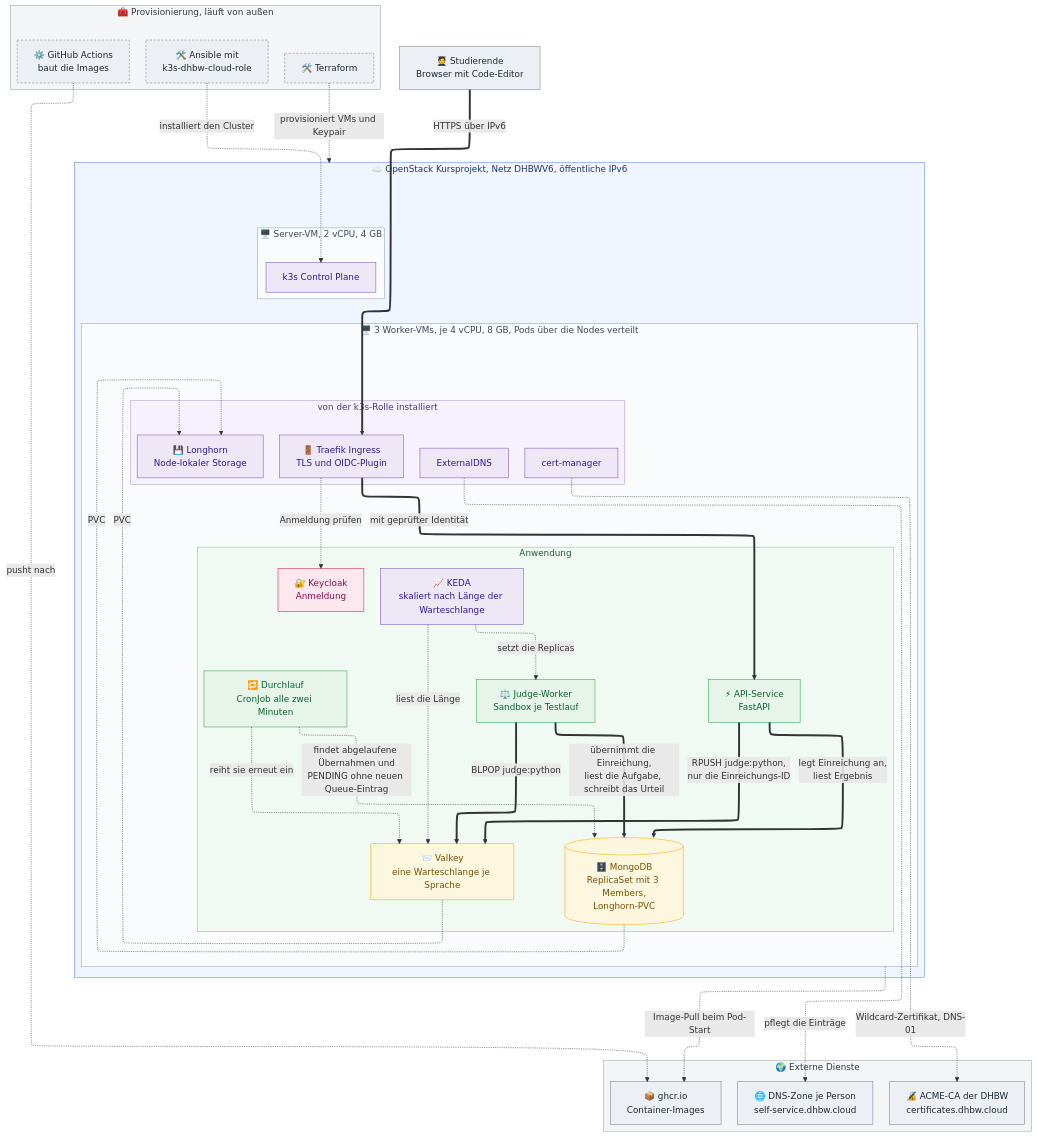
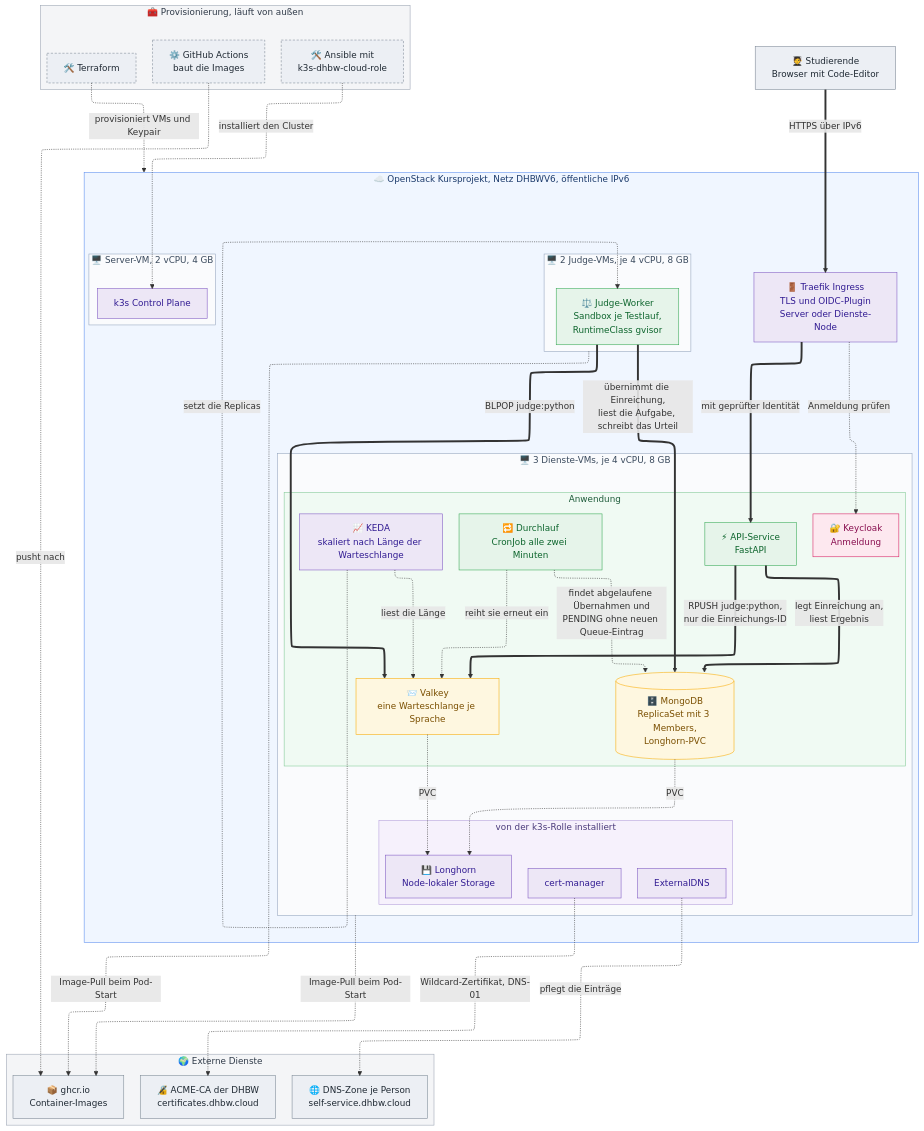
The diagram in docs/diagramme/aufbau.mmd (litithio/Online-Judge-Cloud), drawn with Mermaid before and after one commit. The commit also changed 2 other files, not shown here.

Commit message:
Doku: Node-Rollen in README und Aufbau-Diagramm
README.md beschreibt die drei Node-Rollen, die Rollen-Labels aus
terraform/outputs.tf, die Taints auf Server und Judge-Nodes und den Weg
auf den neuen Stand. Unter ## Entscheidungen steht der Zuschnitt aus drei
Dienste- und zwei Judge-Nodes, unter ## Grenzen das k3s-Upgrade, das den
Judge-Node vor dem Job mit drain.force leert. docs/diagramme/aufbau.mmd
trennt Server, Dienste- und Judge-VMs und stellt Traefik neben die drei
Kästen.

```diff
--- a/docs/diagramme/aufbau.mmd
+++ b/docs/diagramme/aufbau.mmd
@@ -1,93 +1,95 @@
 ---
 # Feste Schrift: mermaid bemisst die Kästen mit der Schrift, die beim
 # Rendern verfügbar ist. Weicht die Anzeigeschrift ab, laufen Texte über
 # die Ränder.
 config:
   # ELK schichtet die Gruppen strikt vertikal und führt Kanten orthogonal.
   # Das Standard-Layout (dagre) verstreute Server-VM und Werkzeuge um den
   # Cluster herum. ELK kann nur der eigene Renderer, nicht GitHub-Mermaid.
   layout: elk
   fontFamily: Arial, Helvetica, sans-serif
 ---
 flowchart TB
     studierende["🧑‍🎓 Studierende<br/>Browser mit Code-Editor"]
 
     subgraph werkzeuge["🧰 Provisionierung, läuft von außen"]
         tf["🛠️ Terraform"]
         ansible["🛠️ Ansible mit<br/>k3s-dhbw-cloud-role"]
         ci["⚙️ GitHub Actions<br/>baut die Images"]
     end
 
     subgraph openstack["☁️ OpenStack Kursprojekt, Netz DHBWV6, öffentliche IPv6"]
+        traefik["🚪 Traefik Ingress<br/>TLS und OIDC-Plugin<br/>Server oder Dienste-Node"]
         subgraph server["🖥️ Server-VM, 2 vCPU, 4 GB"]
             cp["k3s Control Plane"]
         end
-        subgraph workers["🖥️ 3 Worker-VMs, je 4 vCPU, 8 GB, Pods über die Nodes verteilt"]
+        subgraph dienste["🖥️ 3 Dienste-VMs, je 4 vCPU, 8 GB"]
             subgraph rolle["von der k3s-Rolle installiert"]
-                traefik["🚪 Traefik Ingress<br/>TLS und OIDC-Plugin"]
                 certm["cert-manager"]
                 extdns["ExternalDNS"]
                 longhorn["💾 Longhorn<br/>Node-lokaler Storage"]
             end
             subgraph app["Anwendung"]
                 keycloak["🔐 Keycloak<br/>Anmeldung"]
                 api["⚡ API-Service<br/>FastAPI"]
                 valkey["📨 Valkey<br/>eine Warteschlange je Sprache"]
-                judge["⚖️ Judge-Worker<br/>Sandbox je Testlauf"]
                 keda["📈 KEDA<br/>skaliert nach Länge der Warteschlange"]
                 durchlauf["🔁 Durchlauf<br/>CronJob alle zwei Minuten"]
                 mongo[("🗄️ MongoDB<br/>ReplicaSet mit 3 Members,<br/>Longhorn-PVC")]
             end
+        end
+        subgraph judgenodes["🖥️ 2 Judge-VMs, je 4 vCPU, 8 GB"]
+            judge["⚖️ Judge-Worker<br/>Sandbox je Testlauf,<br/>RuntimeClass gvisor"]
         end
     end
 
     subgraph umgebung["🌍 Externe Dienste"]
         dns["🌐 DNS-Zone je Person<br/>self-service.dhbw.cloud"]
         ca["🔏 ACME-CA der DHBW<br/>certificates.dhbw.cloud"]
         ghcr["📦 ghcr.io<br/>Container-Images"]
     end
-
-    cp ~~~ traefik
 
     studierende ==>|"HTTPS über IPv6"| traefik
     traefik -.->|"Anmeldung prüfen"| keycloak
     traefik ==>|"mit geprüfter Identität"| api
     api ==>|"RPUSH judge:python,<br/>nur die Einreichungs-ID"| valkey
     judge ==>|"BLPOP judge:python"| valkey
     judge ==>|"übernimmt die Einreichung,<br/>liest die Aufgabe, schreibt das Urteil"| mongo
     api ==>|"legt Einreichung an,<br/>liest Ergebnis"| mongo
     keda -.->|"liest die Länge"| valkey
     keda -.->|"setzt die Replicas"| judge
     durchlauf -.->|"findet abgelaufene Übernahmen und<br/>PENDING ohne neuen Queue-Eintrag"| mongo
     durchlauf -.->|"reiht sie erneut ein"| valkey
 
     tf -.->|"provisioniert VMs und Keypair"| openstack
     ansible -.->|"installiert den Cluster"| cp
     ci -.->|"pusht nach"| ghcr
-    workers -.->|"Image-Pull beim Pod-Start"| ghcr
+    dienste -.->|"Image-Pull beim Pod-Start"| ghcr
+    judgenodes -.->|"Image-Pull beim Pod-Start"| ghcr
     mongo -.->|"PVC"| longhorn
     valkey -.->|"PVC"| longhorn
     extdns -.->|"pflegt die Einträge"| dns
     certm -.->|"Wildcard-Zertifikat, DNS-01"| ca
 
     classDef extern fill:#eceff4,stroke:#7b8794,color:#1f2933
     classDef werkzeug fill:#eceff4,stroke:#7b8794,color:#1f2933,stroke-dasharray:4 3
     classDef plattform fill:#ede7f6,stroke:#7e57c2,color:#311b92
     classDef anwendung fill:#e6f4ea,stroke:#34a853,color:#0d652d
     classDef daten fill:#fef7e0,stroke:#f9ab00,color:#7a4f01
     classDef auth fill:#fde8ef,stroke:#d81b60,color:#880e4f
 
     class studierende,dns,ca,ghcr extern
     class tf,ansible,ci werkzeug
     class cp,traefik,certm,extdns,longhorn,keda plattform
     class api,judge,durchlauf anwendung
     class valkey,mongo daten
     class keycloak auth
 
     style werkzeuge fill:#f4f5f7,stroke:#9aa4b2,color:#2f3a48
     style umgebung fill:#f4f5f7,stroke:#9aa4b2,color:#2f3a48
     style openstack fill:#f0f6ff,stroke:#5b8def,color:#1b3a6b
     style server fill:#fafbfd,stroke:#93a4bd,color:#3a4a5d
-    style workers fill:#fafbfd,stroke:#93a4bd,color:#3a4a5d
+    style dienste fill:#fafbfd,stroke:#93a4bd,color:#3a4a5d
+    style judgenodes fill:#fafbfd,stroke:#93a4bd,color:#3a4a5d
     style rolle fill:#f6f1fc,stroke:#b39ddb,color:#4a3a7a
     style app fill:#f0faf3,stroke:#81c995,color:#1e5b3a
```
